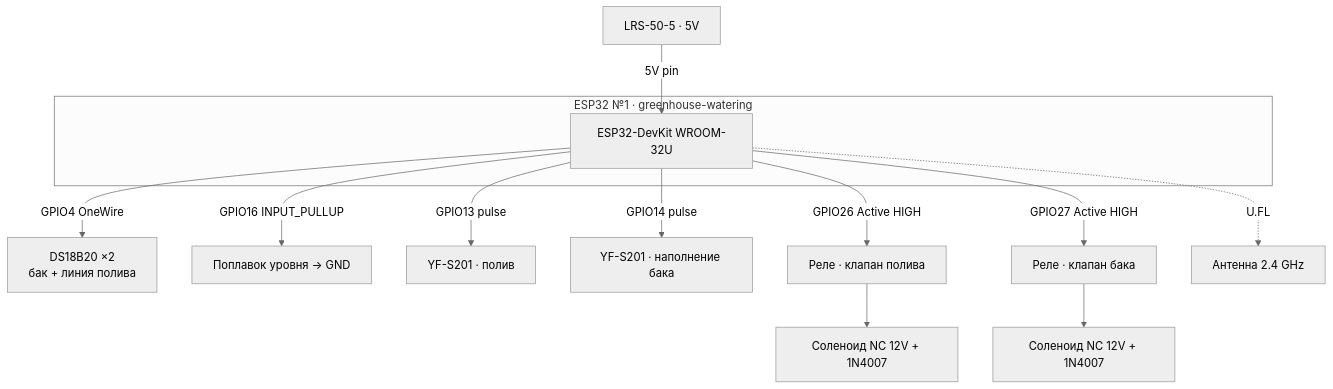
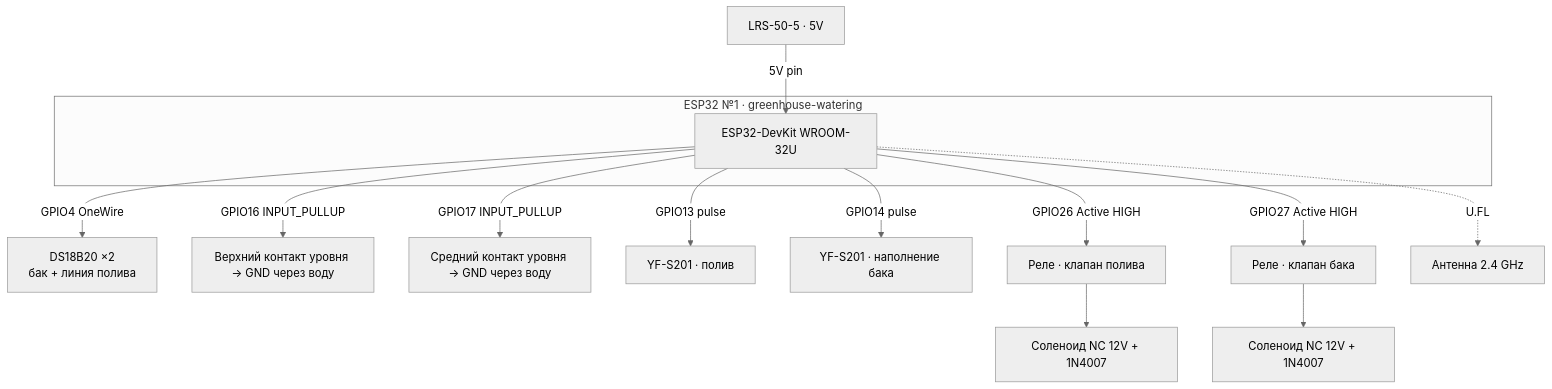
The first of 6 diagrams in docs/04-esp32-and-cabinet.md (TiunovNN/smart-greenhouse), drawn with Mermaid (neutral theme) before and after one commit. The commit also changed other lines of this file and 12 other files, not shown here.

````diff
--- a/docs/04-esp32-and-cabinet.md
+++ b/docs/04-esp32-and-cabinet.md
@@ -156,19 +156,20 @@
 ```mermaid
 flowchart TB
   subgraph esp1["ESP32 №1 · greenhouse-watering"]
     E1["ESP32-DevKit WROOM-32U"]
   end
 
   PWR5["LRS-50-5 · 5V"] -->|"5V pin"| E1
 
   E1 -->|"GPIO4 OneWire"| DS["DS18B20 ×2<br/>бак + линия полива"]
-  E1 -->|"GPIO16 INPUT_PULLUP"| FLT["Поплавок уровня → GND"]
+  E1 -->|"GPIO16 INPUT_PULLUP"| L1["Верхний контакт уровня → GND через воду"]
+  E1 -->|"GPIO17 INPUT_PULLUP"| L2["Средний контакт уровня → GND через воду"]
   E1 -->|"GPIO13 pulse"| YF1["YF-S201 · полив"]
   E1 -->|"GPIO14 pulse"| YF2["YF-S201 · наполнение бака"]
   E1 -->|"GPIO26 Active HIGH"| R1["Реле · клапан полива"]
   E1 -->|"GPIO27 Active HIGH"| R2["Реле · клапан бака"]
   E1 -.->|"U.FL"| ANT1["Антенна 2.4 GHz"]
 
   R1 --> V1["Соленоид NC 12V + 1N4007"]
   R2 --> V2["Соленоид NC 12V + 1N4007"]
 ```
````
